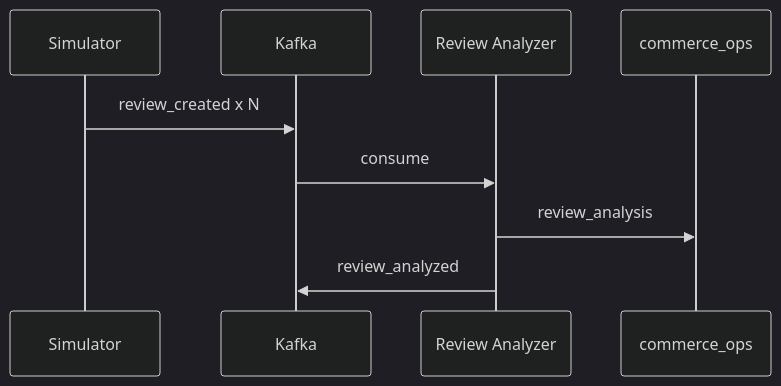
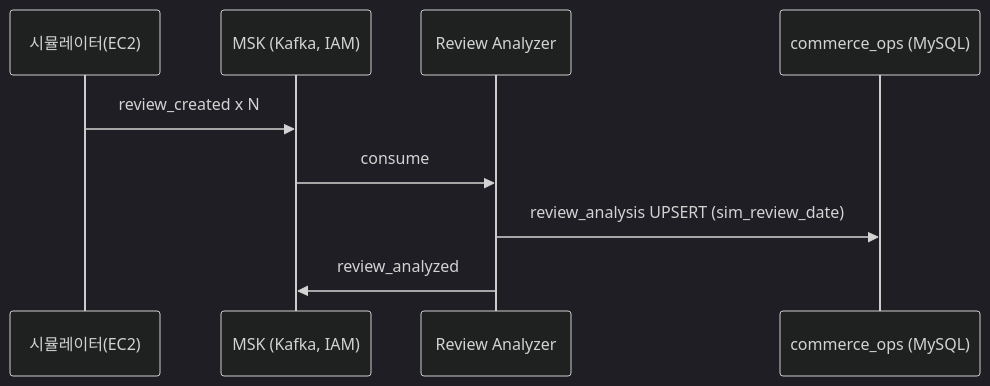
The second of 2 diagrams in docs/DATA.md (archdsp/AI_Commerce_Operation_Platform), drawn with Mermaid (dark theme) before and after one commit. The commit also changed other lines of this file and 9 other files, not shown here.

````diff
--- a/docs/DATA.md
+++ b/docs/DATA.md
@@ -157,12 +176,12 @@
 ```mermaid
 sequenceDiagram
-    participant S as Simulator
-    participant K as Kafka
+    participant S as 시뮬레이터(EC2)
+    participant K as MSK (Kafka, IAM)
     participant W as Review Analyzer
-    participant DB as commerce_ops
+    participant DB as commerce_ops (MySQL)
 
     S->>K: review_created x N
     K->>W: consume
-    W->>DB: review_analysis
+    W->>DB: review_analysis UPSERT (sim_review_date)
     W->>K: review_analyzed
 ```
````
